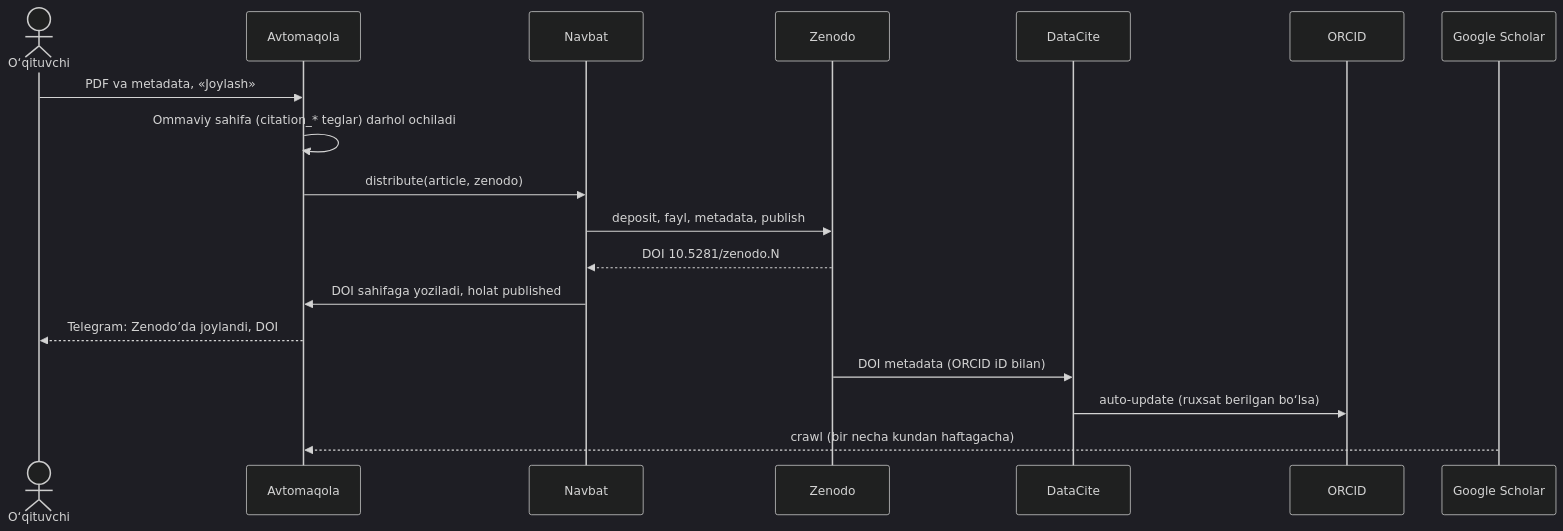
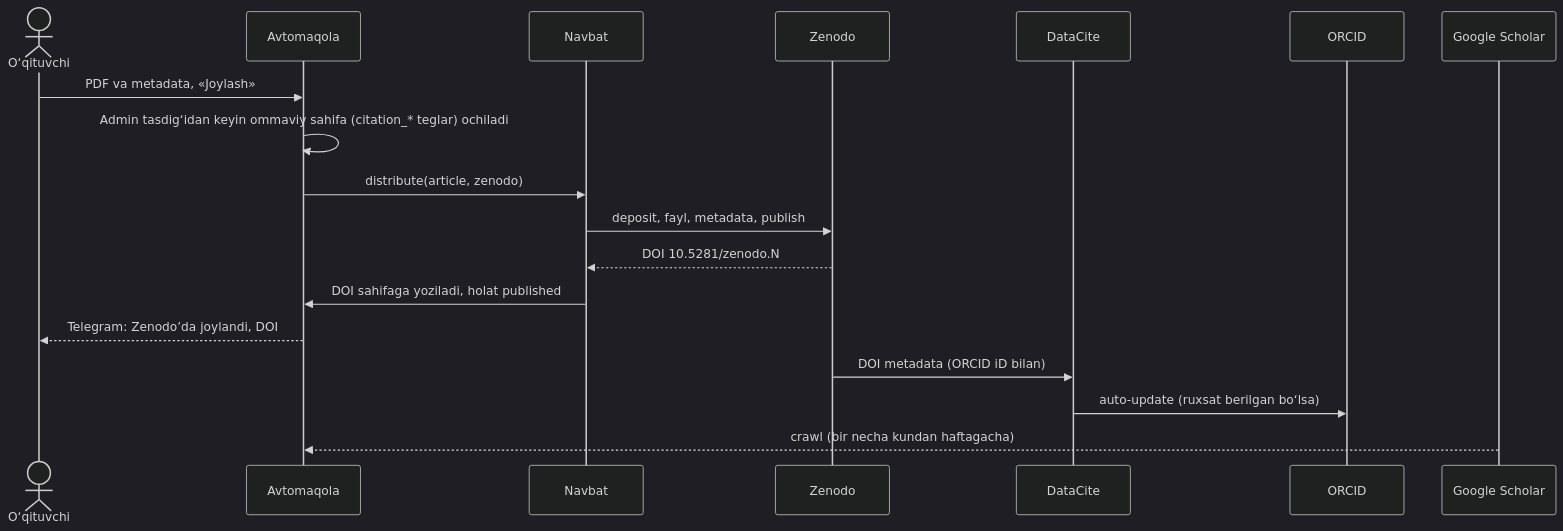
The fifth of 5 diagrams in docs/ARCHITECTURE.md (Mirshodforward/avastmaqola), drawn with Mermaid (dark theme) before and after one commit. The commit also changed other lines of this file and 127 other files, not shown here.

````diff
--- a/docs/ARCHITECTURE.md
+++ b/docs/ARCHITECTURE.md
@@ -199,20 +218,20 @@
 ```mermaid
 sequenceDiagram
   actor U as O‘qituvchi
   participant S as Avtomaqola
   participant Q as Navbat
   participant Z as Zenodo
   participant D as DataCite
   participant O as ORCID
   participant G as Google Scholar
   U->>S: PDF va metadata, «Joylash»
-  S->>S: Ommaviy sahifa (citation_* teglar) darhol ochiladi
+  S->>S: Admin tasdig‘idan keyin ommaviy sahifa (citation_* teglar) ochiladi
   S->>Q: distribute(article, zenodo)
   Q->>Z: deposit, fayl, metadata, publish
   Z-->>Q: DOI 10.5281/zenodo.N
   Q->>S: DOI sahifaga yoziladi, holat published
   S-->>U: Telegram: Zenodo’da joylandi, DOI
   Z->>D: DOI metadata (ORCID iD bilan)
   D->>O: auto-update (ruxsat berilgan bo‘lsa)
   G-->>S: crawl (bir necha kundan haftagacha)
 ```
````
